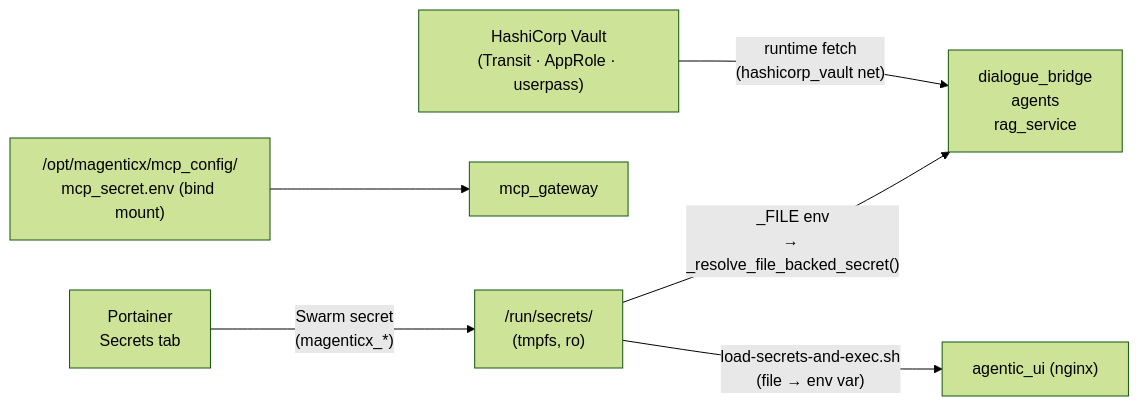
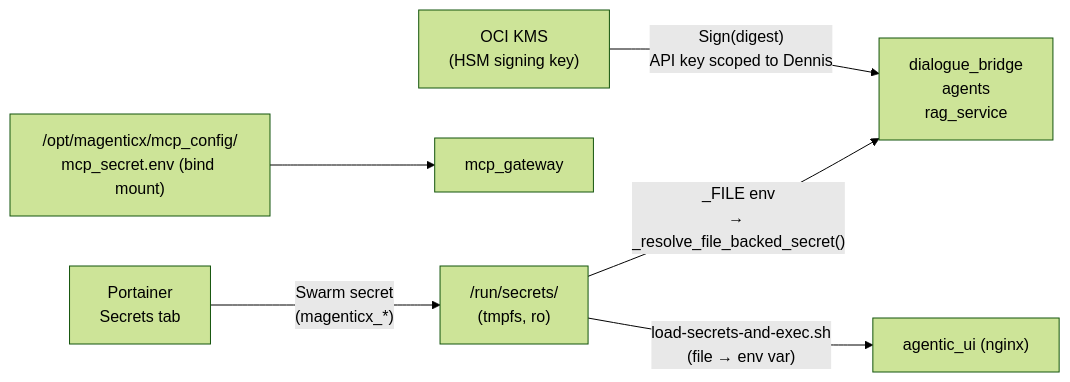
The diagram in docs/architecture/secrets.md (konstantinosmpouros/mAgenticX), drawn with Mermaid (forest theme) before and after one commit. The commit also changed other lines of this file and 44 other files, not shown here.

Commit message:
feat(dialogue_bridge,agentic_ui): make Microsoft Entra SSO the only login and sign session tokens with an OCI KMS HSM key instead of Vault

````diff
--- a/docs/architecture/secrets.md
+++ b/docs/architecture/secrets.md
@@ -9,8 +9,8 @@
 ```mermaid
 flowchart LR
     Portainer["Portainer\nSecrets tab"] -->|"Swarm secret\n(magenticx_*)"| Tmpfs["/run/secrets/<alias>\n(tmpfs, ro)"]
     Tmpfs -->|"<NAME>_FILE env\n→ _resolve_file_backed_secret()"| Py["dialogue_bridge\nagents\nrag_service"]
     Tmpfs -->|"load-secrets-and-exec.sh\n(file → env var)"| Nginx["agentic_ui (nginx)"]
     File["/opt/magenticx/mcp_config/\nmcp_secret.env (bind mount)"] --> Gw["mcp_gateway"]
-    Vault["HashiCorp Vault\n(Transit · AppRole · userpass)"] -->|"runtime fetch\n(hashicorp_vault net)"| Py
+    KMS["OCI KMS\n(HSM signing key)"] -->|"Sign(digest)\nAPI key scoped to Dennis"| Py
 ```
````
